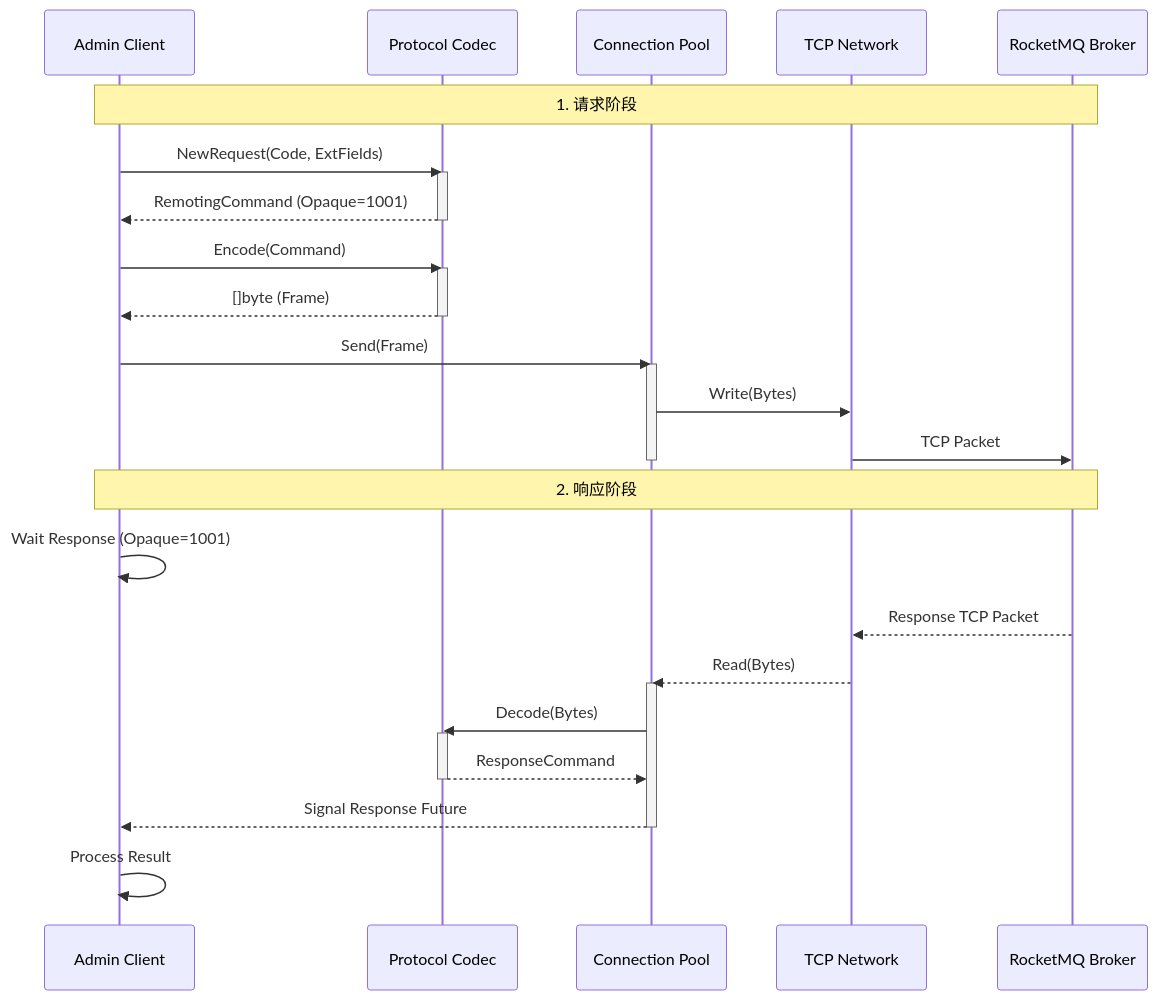
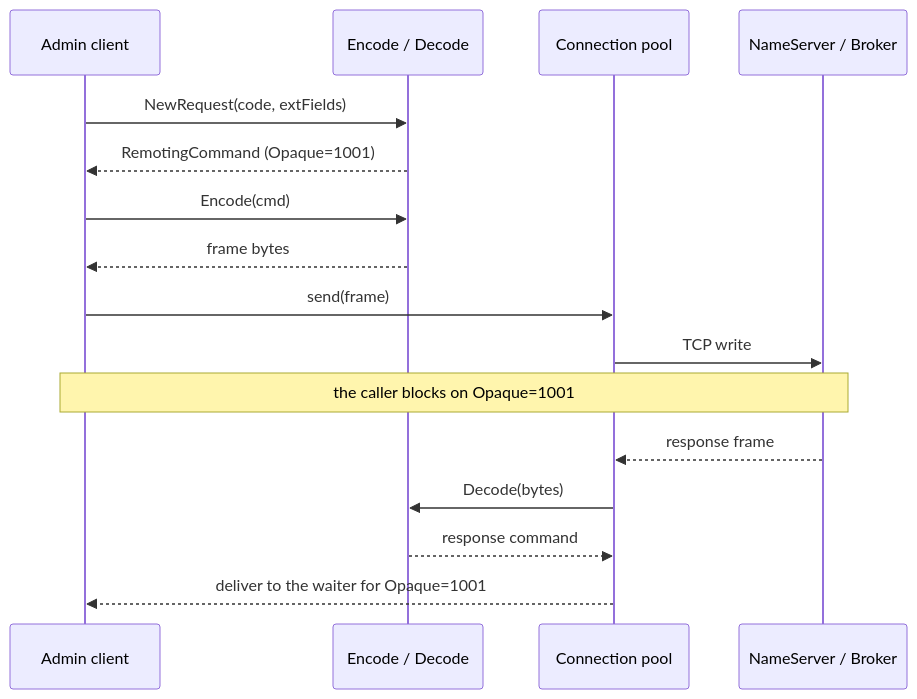
One commit to amigoer/rocketmq-admin-go changed the diagram in docs/rocketmq_protocol.md. Above: the diagram before and after it, drawn with Mermaid. The commit also changed other lines of this file and 3 other files, not shown here.

````diff
--- a/docs/rocketmq_protocol.md
+++ b/docs/rocketmq_protocol.md
@@ -117,41 +130,21 @@
 ```mermaid
 sequenceDiagram
-    participant Client as Admin Client
-    participant Codec as Protocol Codec
-    participant Conn as Connection Pool
-    participant Network as TCP Network
-    participant Broker as RocketMQ Broker
+    participant Client as Admin client
+    participant Codec as Encode / Decode
+    participant Conn as Connection pool
+    participant Broker as NameServer / Broker
 
-    Note over Client, Broker: 1. 请求阶段
-    Client->>Codec: NewRequest(Code, ExtFields)
-    activate Codec
+    Client->>Codec: NewRequest(code, extFields)
     Codec-->>Client: RemotingCommand (Opaque=1001)
-    deactivate Codec
+    Client->>Codec: Encode(cmd)
+    Codec-->>Client: frame bytes
+    Client->>Conn: send(frame)
+    Conn->>Broker: TCP write
 
-    Client->>Codec: Encode(Command)
-    activate Codec
-    Codec-->>Client: []byte (Frame)
-    deactivate Codec
+    Note over Client,Broker: the caller blocks on Opaque=1001
 
-    Client->>Conn: Send(Frame)
-    activate Conn
-    Conn->>Network: Write(Bytes)
-    Network->>Broker: TCP Packet
-    deactivate Conn
-
-    Note over Client, Broker: 2. 响应阶段
-    Client->>Client: Wait Response (Opaque=1001)
-    
-    Broker-->>Network: Response TCP Packet
-    Network-->>Conn: Read(Bytes)
-    activate Conn
-    Conn->>Codec: Decode(Bytes)
-    activate Codec
-    Codec-->>Conn: ResponseCommand
-    deactivate Codec
-    
-    Conn-->>Client: Signal Response Future
-    deactivate Conn
-    
-    Client->>Client: Process Result
+    Broker-->>Conn: response frame
+    Conn->>Codec: Decode(bytes)
+    Codec-->>Conn: response command
+    Conn-->>Client: deliver to the waiter for Opaque=1001
 ```
````
